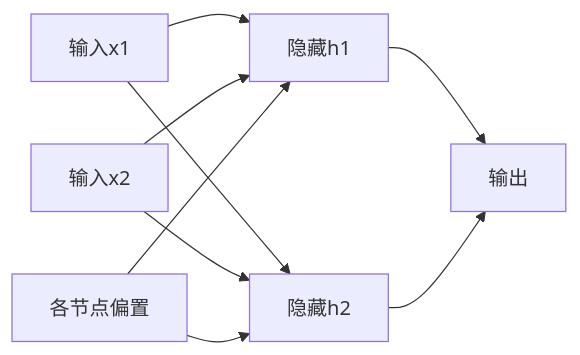
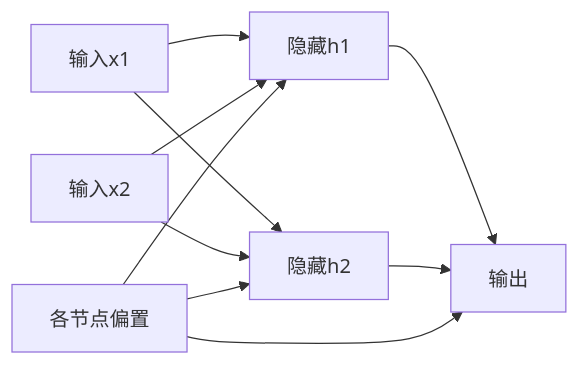
Before and after one commit to CercaTrovato/cityu-ai-course-notes: the first of 4 diagrams in IS6400_Business_Data_Analytics/notes/M09-深度学习-神经网络与文本分析.md, drawn with Mermaid. The commit also changed other lines of this file and 2300 other files, not shown here.

First line of the commit message:
完善五课程逐页学习笔记、课件原图与修补规范

````diff
--- a/IS6400_Business_Data_Analytics/notes/M09-深度学习-神经网络与文本分析.md
+++ b/IS6400_Business_Data_Analytics/notes/M09-深度学习-神经网络与文本分析.md
@@ -135,11 +309,12 @@
 ```mermaid
 flowchart LR
  X1[输入x1] --> H1[隐藏h1]
  X2[输入x2] --> H1
  X1 --> H2[隐藏h2]
  X2 --> H2
  H1 --> O[输出]
  H2 --> O
  B[各节点偏置] --> H1
  B --> H2
+ B --> O
 ```
````
